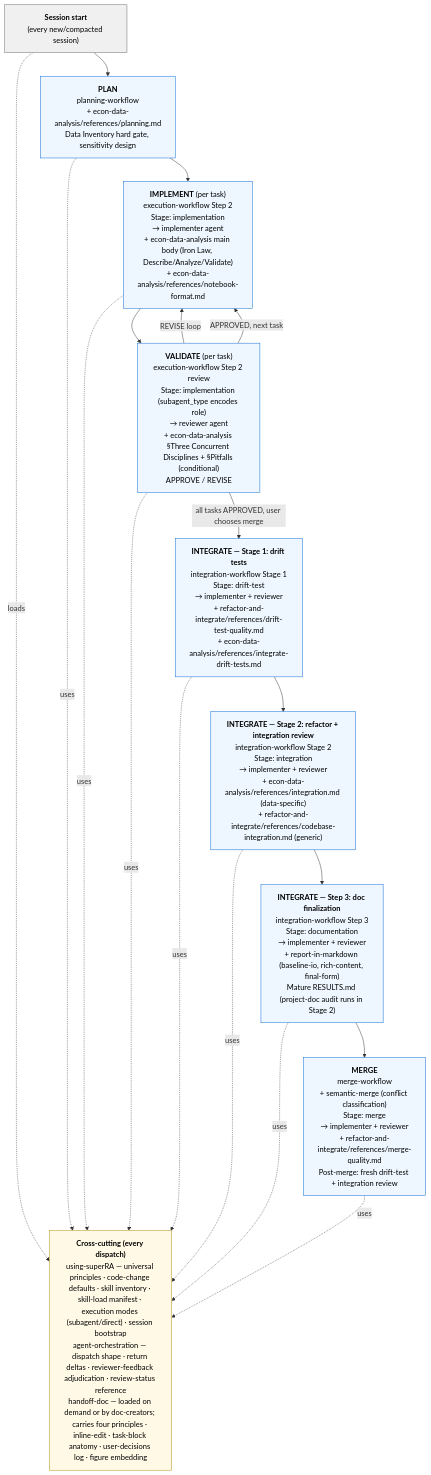
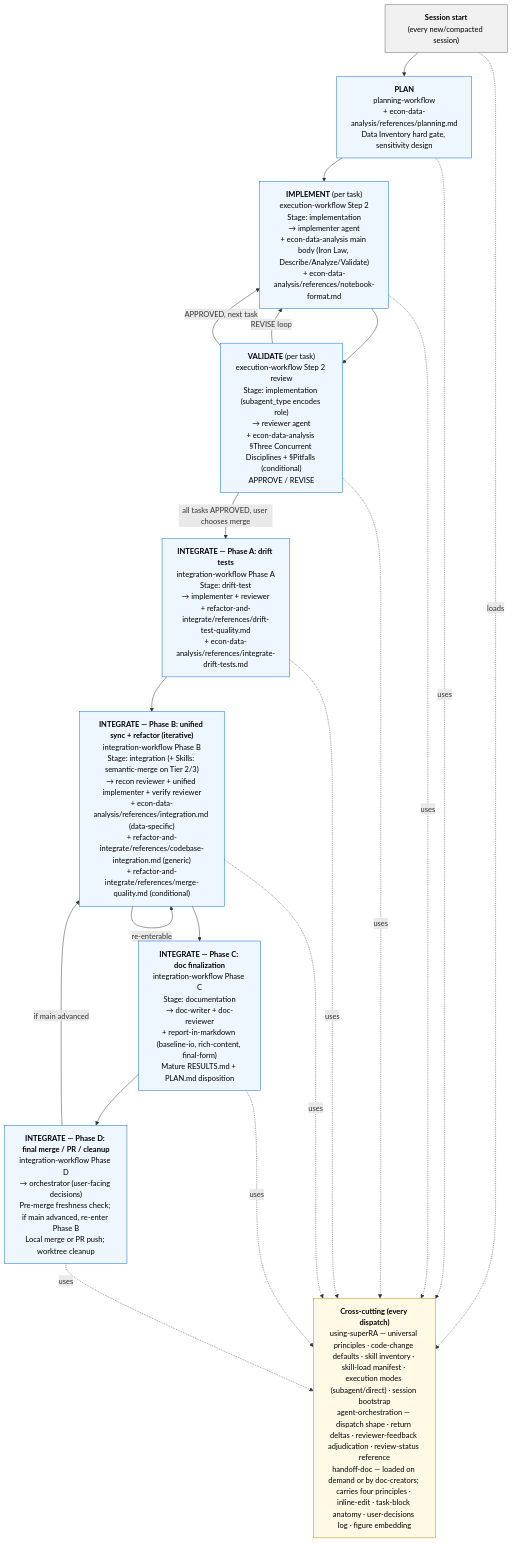
One commit to FuZhiyu/superRA changed the diagram in README.md. Above: the diagram before and after it, drawn with Mermaid. The commit also changed other lines of this file and 8 other files, not shown here.

````diff
--- a/README.md
+++ b/README.md
@@ -49,45 +50,47 @@
 ```mermaid
 flowchart TB
     SESSION["<b>Session start</b><br/>(every new/compacted session)"]
     SESSION --> PLAN
 
     PLAN["<b>PLAN</b><br/>planning-workflow<br/>+ econ-data-analysis/references/planning.md<br/>Data Inventory hard gate, sensitivity design"]
     PLAN --> IMPL
 
     IMPL["<b>IMPLEMENT</b> (per task)<br/>execution-workflow Step 2<br/>Stage: implementation<br/>→ implementer agent<br/>+ econ-data-analysis main body (Iron Law, Describe/Analyze/Validate)<br/>+ econ-data-analysis/references/notebook-format.md"]
     IMPL --> VAL
 
     VAL["<b>VALIDATE</b> (per task)<br/>execution-workflow Step 2 review<br/>Stage: implementation (subagent_type encodes role)<br/>→ reviewer agent<br/>+ econ-data-analysis §Three Concurrent Disciplines + §Pitfalls (conditional)<br/>APPROVE / REVISE"]
     VAL -->|REVISE loop| IMPL
     VAL -->|APPROVED, next task| IMPL
     VAL -->|all tasks APPROVED, user chooses merge| INT1
 
-    INT1["<b>INTEGRATE — Stage 1: drift tests</b><br/>integration-workflow Stage 1<br/>Stage: drift-test<br/>→ implementer + reviewer<br/>+ refactor-and-integrate/references/drift-test-quality.md<br/>+ econ-data-analysis/references/integrate-drift-tests.md"]
+    INT1["<b>INTEGRATE — Phase A: drift tests</b><br/>integration-workflow Phase A<br/>Stage: drift-test<br/>→ implementer + reviewer<br/>+ refactor-and-integrate/references/drift-test-quality.md<br/>+ econ-data-analysis/references/integrate-drift-tests.md"]
     INT1 --> INT2
 
-    INT2["<b>INTEGRATE — Stage 2: refactor + integration review</b><br/>integration-workflow Stage 2<br/>Stage: integration<br/>→ implementer + reviewer<br/>+ econ-data-analysis/references/integration.md (data-specific)<br/>+ refactor-and-integrate/references/codebase-integration.md (generic)"]
+    INT2["<b>INTEGRATE — Phase B: unified sync + refactor (iterative)</b><br/>integration-workflow Phase B<br/>Stage: integration (+ Skills: semantic-merge on Tier 2/3)<br/>→ recon reviewer + unified implementer + verify reviewer<br/>+ econ-data-analysis/references/integration.md (data-specific)<br/>+ refactor-and-integrate/references/codebase-integration.md (generic)<br/>+ refactor-and-integrate/references/merge-quality.md (conditional)"]
     INT2 --> INT3
+    INT2 -->|re-enterable| INT2
 
-    INT3["<b>INTEGRATE — Step 3: doc finalization</b><br/>integration-workflow Step 3<br/>Stage: documentation<br/>→ implementer + reviewer<br/>+ report-in-markdown (baseline-io, rich-content, final-form)<br/>Mature RESULTS.md (project-doc audit runs in Stage 2)"]
+    INT3["<b>INTEGRATE — Phase C: doc finalization</b><br/>integration-workflow Phase C<br/>Stage: documentation<br/>→ doc-writer + doc-reviewer<br/>+ report-in-markdown (baseline-io, rich-content, final-form)<br/>Mature RESULTS.md + PLAN.md disposition"]
     INT3 --> MERGE
 
-    MERGE["<b>MERGE</b><br/>merge-workflow<br/>+ semantic-merge (conflict classification)<br/>Stage: merge<br/>→ implementer + reviewer<br/>+ refactor-and-integrate/references/merge-quality.md<br/>Post-merge: fresh drift-test + integration review"]
+    MERGE["<b>INTEGRATE — Phase D: final merge / PR / cleanup</b><br/>integration-workflow Phase D<br/>→ orchestrator (user-facing decisions)<br/>Pre-merge freshness check; if main advanced, re-enter Phase B<br/>Local merge or PR push; worktree cleanup"]
+    MERGE -->|if main advanced| INT2
 
     CROSS["<b>Cross-cutting (every dispatch)</b><br/>using-superRA — universal principles · code-change defaults · skill inventory · skill-load manifest · execution modes (subagent/direct) · session bootstrap<br/>agent-orchestration — dispatch shape · return deltas · reviewer-feedback adjudication · review-status reference<br/>handoff-doc — loaded on demand or by doc-creators; carries four principles · inline-edit · task-block anatomy · user-decisions log · figure embedding"]
 
     SESSION -.loads.-> CROSS
     PLAN -.uses.-> CROSS
     IMPL -.uses.-> CROSS
     VAL -.uses.-> CROSS
     INT1 -.uses.-> CROSS
     INT2 -.uses.-> CROSS
     INT3 -.uses.-> CROSS
     MERGE -.uses.-> CROSS
 
     classDef phase fill:#eef7ff,stroke:#0366d6,stroke-width:1px,color:#000
     classDef cross fill:#fff9e6,stroke:#b58900,stroke-width:1px,color:#000
     classDef session fill:#f0f0f0,stroke:#666,color:#000
     class PLAN,IMPL,VAL,INT1,INT2,INT3,MERGE phase
     class CROSS cross
     class SESSION session
 ```
````
